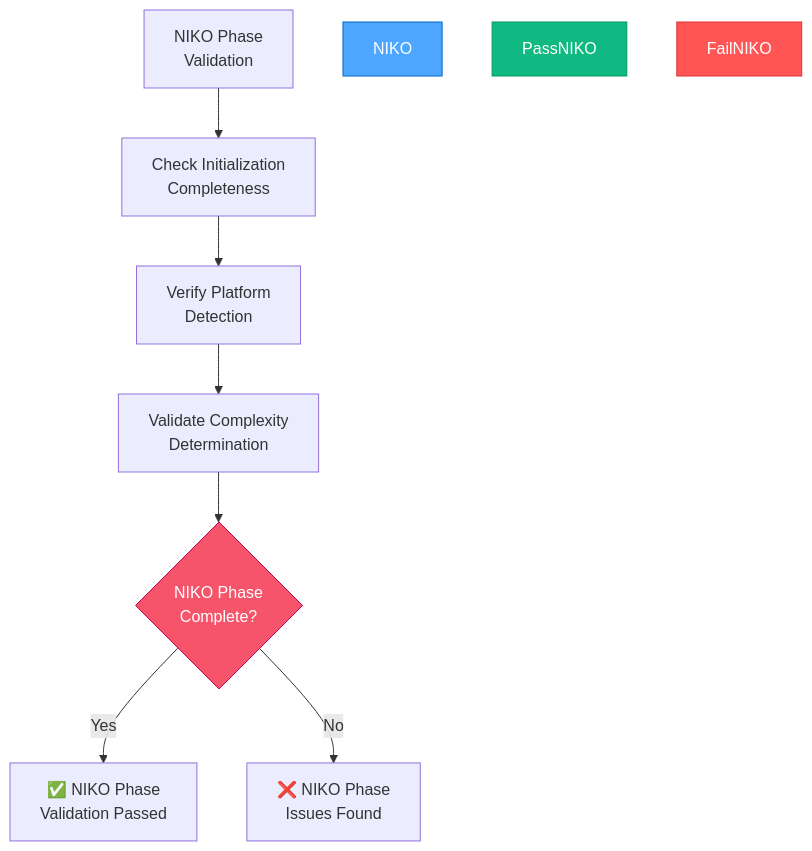
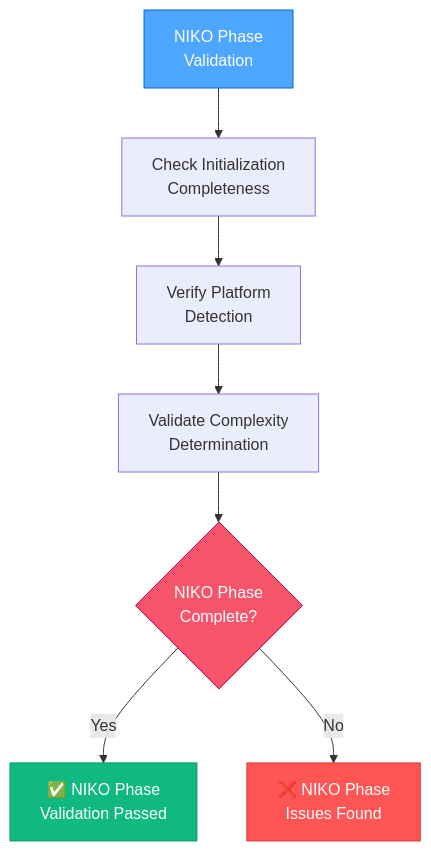
Before and after one commit to Texarkanine/.cursor-rules: the sixth of 10 diagrams in rulesets/niko/niko/visual-maps/qa-mode-map.mdc, drawn with Mermaid. The commit also changed 6 other files, not shown here.

````diff
--- a/rulesets/niko/niko/visual-maps/qa-mode-map.mdc
+++ b/rulesets/niko/niko/visual-maps/qa-mode-map.mdc
@@ -159,15 +159,15 @@
 ```mermaid
 graph TD
     VAN["NIKO Phase<br>Validation"] --> InitCheck["Check Initialization<br>Completeness"]
     InitCheck --> PlatformCheck["Verify Platform<br>Detection"]
     PlatformCheck --> ComplexityCheck["Validate Complexity<br>Determination"]
     
     ComplexityCheck --> VANConsistency{"NIKO Phase<br>Complete?"}
     VANConsistency -->|"Yes"| PassVAN["✅ NIKO Phase<br>Validation Passed"]
     VANConsistency -->|"No"| FailVAN["❌ NIKO Phase<br>Issues Found"]
     
-    style NIKO fill:#4da6ff,stroke:#0066cc,color:white
+    style VAN fill:#4da6ff,stroke:#0066cc,color:white
     style VANConsistency fill:#f6546a,stroke:#c30052,color:white
-    style PassNIKO fill:#10b981,stroke:#059669,color:white
-    style FailNIKO fill:#ff5555,stroke:#dd3333,color:white
+    style PassVAN fill:#10b981,stroke:#059669,color:white
+    style FailVAN fill:#ff5555,stroke:#dd3333,color:white
 ```
````
